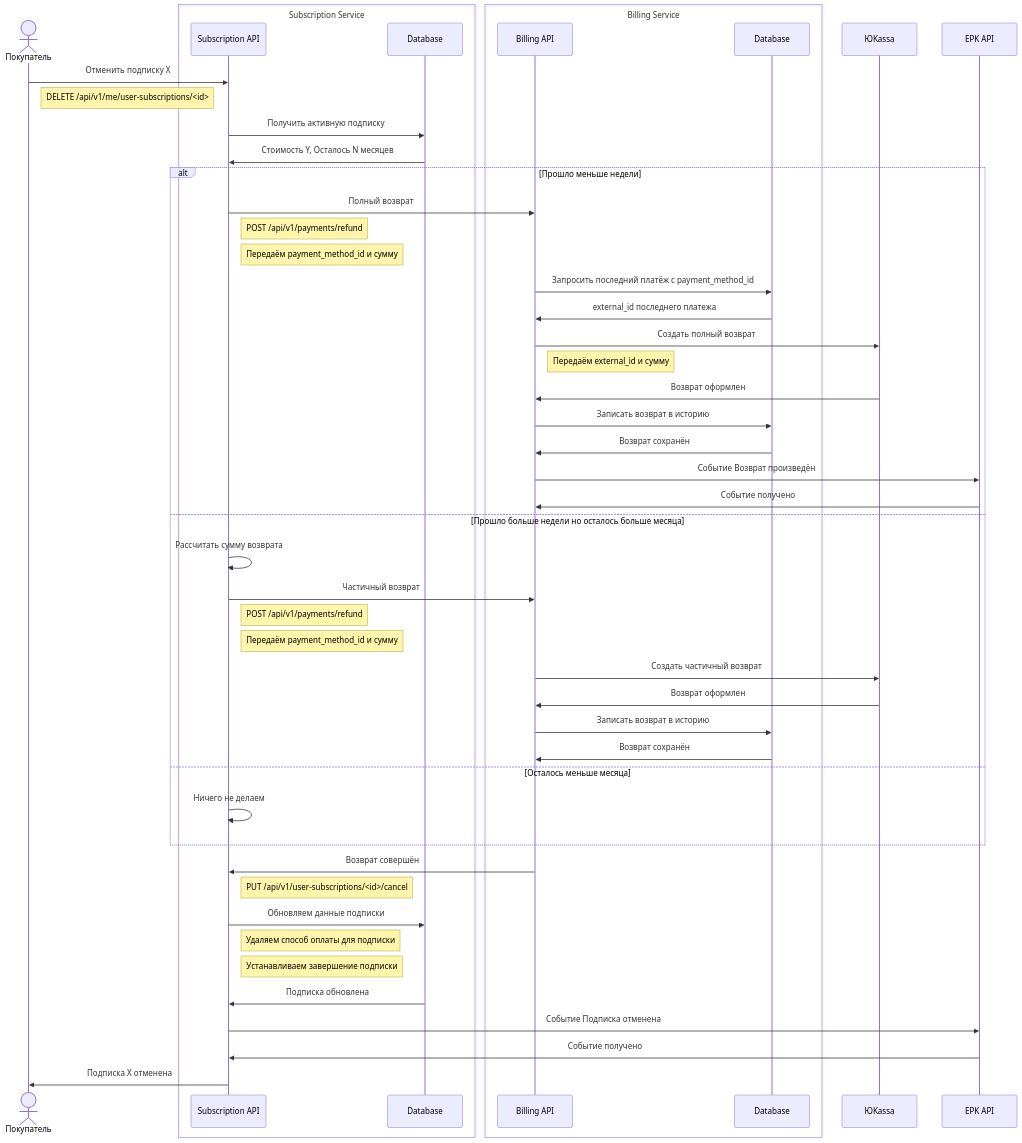
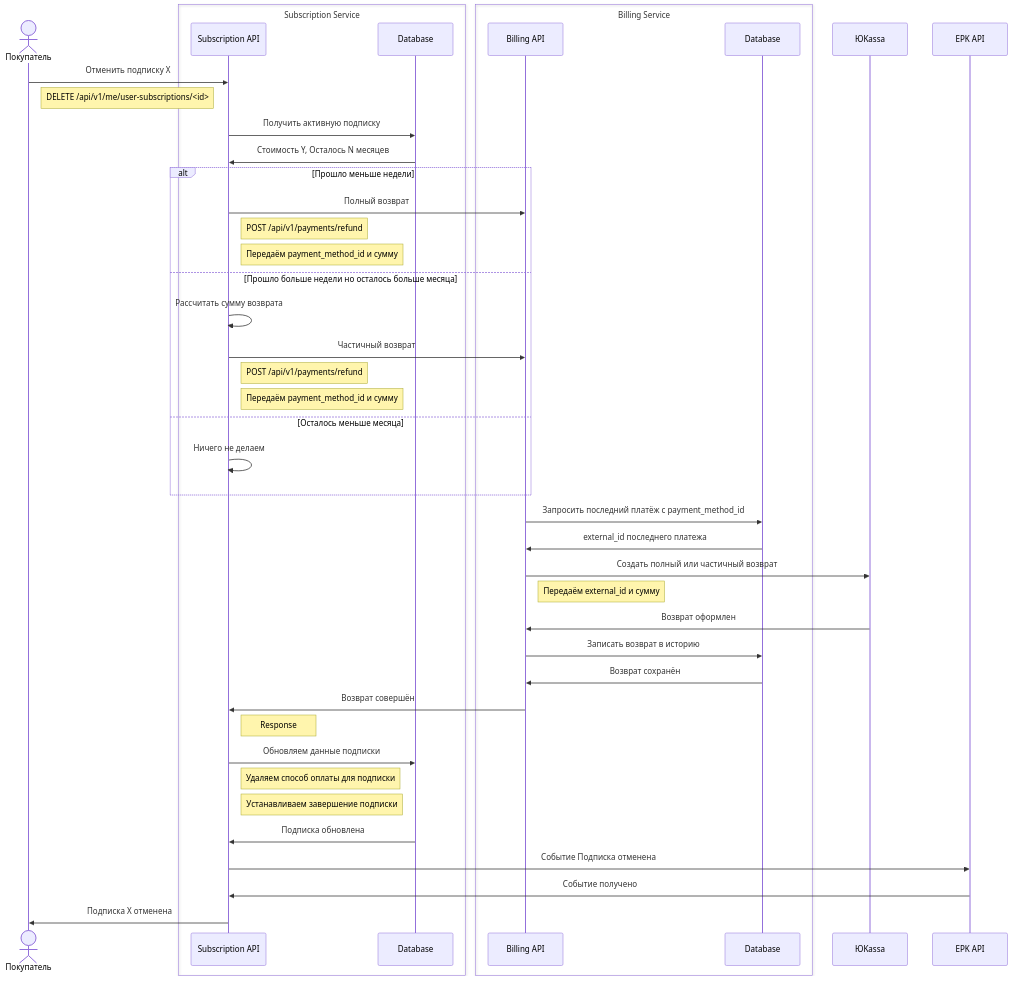
One commit to smb13/graduate_work changed the diagram in architecture/sequence_diagrams/subscription_cancel.md. Above: the diagram before and after it, drawn with Mermaid.

Commit message:
update subscription_cancel.md sequence diagram

````diff
--- a/architecture/sequence_diagrams/subscription_cancel.md
+++ b/architecture/sequence_diagrams/subscription_cancel.md
@@ -3,53 +3,47 @@
 ```mermaid
 sequenceDiagram
     actor User as Покупатель
     box Subscription Service
         participant SubAPI as Subscription API
         participant SubDB as Database
     end
     box Billing Service
         participant BillAPI as Billing API
         participant BillDB as Database
     end
     participant YooKassa as ЮKassa
     participant EPKAPI as EPK API
 
     User->>SubAPI: Отменить подписку X
     Note right of User: DELETE /api/v1/me/user-subscriptions/<id>
     SubAPI->>SubDB: Получить активную подписку
     SubDB->>SubAPI: Стоимость Y, Осталось N месяцев
     alt Прошло меньше недели
         SubAPI->>BillAPI: Полный возврат
         Note right of SubAPI: POST /api/v1/payments/refund
         Note right of SubAPI: Передаём payment_method_id и сумму
-        BillAPI->>BillDB: Запросить последний платёж с payment_method_id
-        BillDB->>BillAPI: external_id последнего платежа
-        BillAPI->>YooKassa: Создать полный возврат
-        Note right of BillAPI: Передаём external_id и сумму
-        YooKassa->>BillAPI: Возврат оформлен 
-        BillAPI->>BillDB: Записать возврат в историю
-        BillDB->>BillAPI: Возврат сохранён
-        BillAPI->>EPKAPI: Событие Возврат произведён
-        EPKAPI->>BillAPI: Событие получено
     else Прошло больше недели но осталось больше месяца
         SubAPI->>SubAPI: Рассчитать сумму возврата
         SubAPI->>BillAPI: Частичный возврат
         Note right of SubAPI: POST /api/v1/payments/refund
         Note right of SubAPI: Передаём payment_method_id и сумму
-        BillAPI->>YooKassa: Создать частичный возврат
-        YooKassa->>BillAPI: Возврат оформлен
-        BillAPI->>BillDB: Записать возврат в историю
-        BillDB->>BillAPI: Возврат сохранён
     else Осталось меньше месяца
         SubAPI->>SubAPI: Ничего не делаем
     end
+    BillAPI->>BillDB: Запросить последний платёж с payment_method_id
+    BillDB->>BillAPI: external_id последнего платежа
+    BillAPI->>YooKassa: Создать полный или частичный возврат
+    Note right of BillAPI: Передаём external_id и сумму
+    YooKassa->>BillAPI: Возврат оформлен
+    BillAPI->>BillDB: Записать возврат в историю
+    BillDB->>BillAPI: Возврат сохранён
     BillAPI->>SubAPI: Возврат совершён
-    Note right of SubAPI: PUT /api/v1/user-subscriptions/<id>/cancel
+    Note right of SubAPI: Response
     SubAPI->>SubDB: Обновляем данные подписки
     Note right of SubAPI: Удаляем способ оплаты для подписки
     Note right of SubAPI: Устанавливаем завершение подписки
     SubDB->>SubAPI: Подписка обновлена
     SubAPI->>EPKAPI: Событие Подписка отменена
     EPKAPI->>SubAPI: Событие получено
     SubAPI->>User: Подписка X отменена
 ```
````
